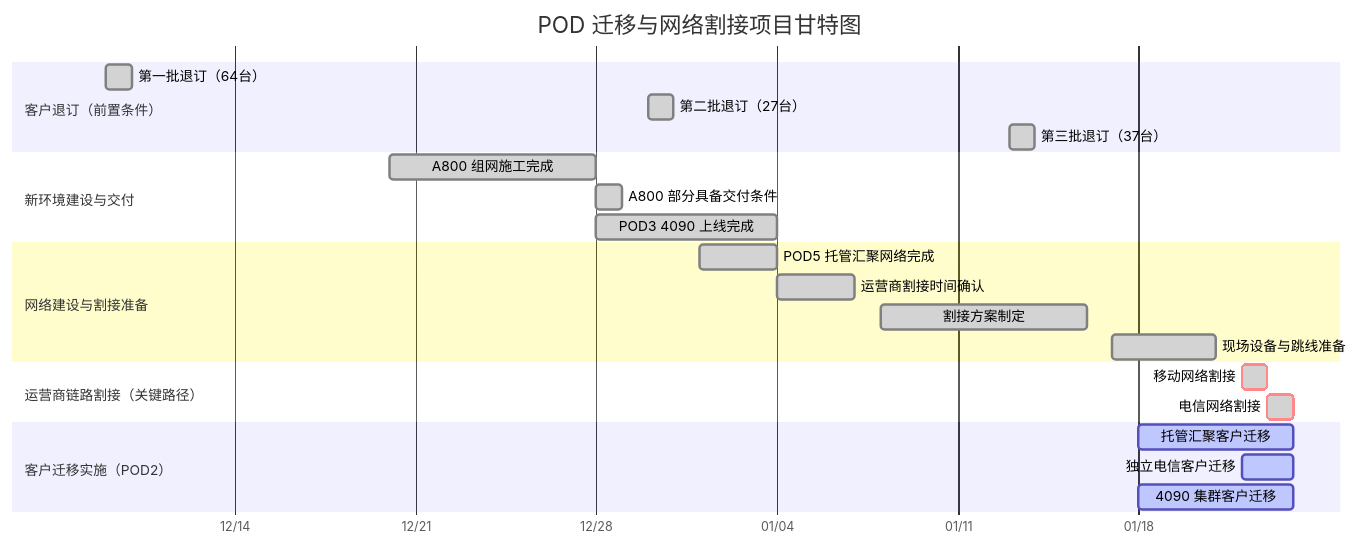
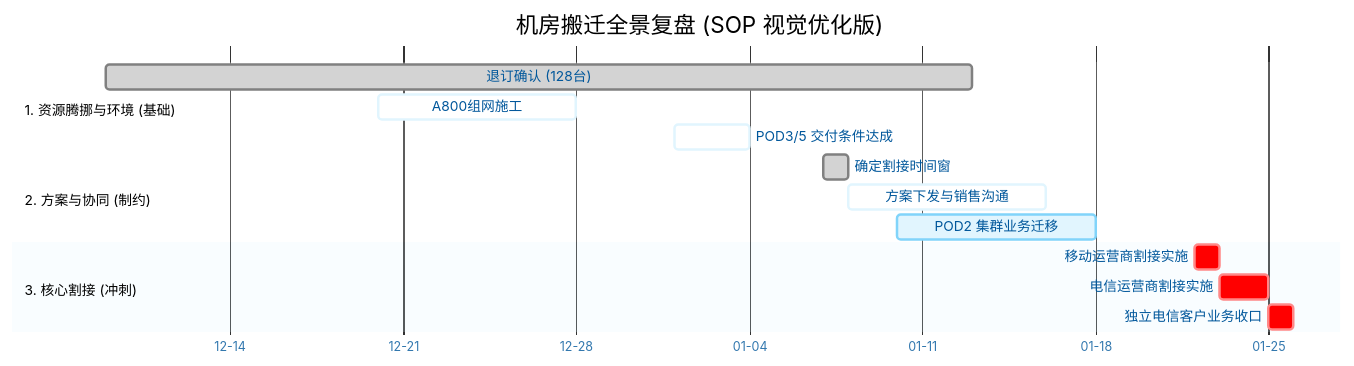
The diagram in all/未命名.md (lasonlixin/iodraw-files), drawn with Mermaid before and after one commit.

Commit message:
2026-02-03 10:39:23 update

````diff
--- a/all/未命名.md
+++ b/all/未命名.md
@@ -1,32 +1,34 @@
 ```mermaid
+%%{init: {
+  'theme': 'base',
+  'themeVariables': {
+    'fontFamily': 'arial, sans-serif',
+    'fontSize': '14px',
+    'primaryColor': '#e1f5fe',
+    'primaryTextColor': '#01579b',
+    'primaryBorderColor': '#81d4fa',
+    'lineColor': '#546e7a',
+    'secondaryColor': '#f1f8e9',
+    'tertiaryColor': '#fff'
+  }
+}}%%
 gantt
-    title POD 迁移与网络割接项目甘特图
+    title 机房搬迁全景复盘 (SOP 视觉优化版)
     dateFormat  YYYY-MM-DD
-    axisFormat  %m/%d
+    axisFormat %m-%d
 
-    section 客户退订（前置条件）
-    第一批退订（64台）        :done,    t1, 2025-12-09, 1d
-    第二批退订（27台）        :done,    t2, 2025-12-30, 1d
-    第三批退订（37台）        :done,    t3, 2026-01-13, 1d
+    section 1. 资源腾挪与环境 (基础)
+    退订确认 (128台)           :done, a1, 2025-12-09, 2026-01-13
+    A800组网施工              :active, a2, 2025-12-20, 2025-12-28
+    POD3/5 交付条件达成        :active, a3, 2026-01-01, 2026-01-04
 
-    section 新环境建设与交付
-    A800 组网施工完成         :done,    n1, 2025-12-20, 2025-12-28
-    A800 部分具备交付条件     :done,    n2, 2025-12-28, 1d
-    POD3 4090 上线完成        :done,    n3, 2025-12-28, 2026-01-04
+    section 2. 方案与协同 (制约)
+    确定割接时间窗             :done, b1, 2026-01-07, 1d
+    方案下发与销售沟通         :active, b2, 2026-01-08, 2026-01-16
+    POD2 集群业务迁移          :b3, 2026-01-10, 2026-01-18
 
-    section 网络建设与割接准备
-    POD5 托管汇聚网络完成    :done,    l1, 2026-01-01, 2026-01-04
-    运营商割接时间确认       :done,    l2, 2026-01-04, 2026-01-07
-    割接方案制定             :done,    l3, 2026-01-08, 2026-01-16
-    现场设备与跳线准备       :done,    l4, 2026-01-17, 2026-01-21
-
-    section 运营商链路割接（关键路径）
-    移动网络割接             :crit,done, c1, 2026-01-22, 1d
-    电信网络割接             :crit,done, c2, 2026-01-23, 2026-01-24
-
-    section 客户迁移实施（POD2）
-    托管汇聚客户迁移         :active,  m1, 2026-01-18, 2026-01-24
-    独立电信客户迁移         :active,  m2, 2026-01-22, 2026-01-24
-    4090 集群客户迁移        :active,  m3, 2026-01-18, 2026-01-24
-
+    section 3. 核心割接 (冲刺)
+    移动运营商割接实施         :crit, c1, 2026-01-22, 1d
+    电信运营商割接实施         :crit, c2, 2026-01-23, 2d
+    独立电信客户业务收口       :crit, c3, after c2, 1d
 ```
````
